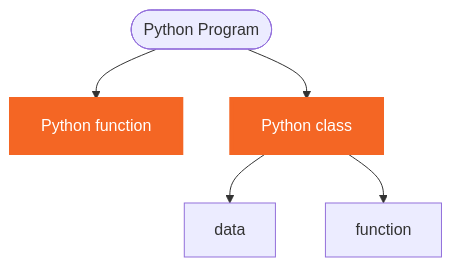
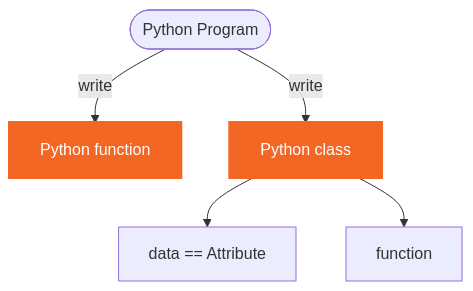
The second of 6 diagrams in doc/python.md (terrenceliu01/python1), drawn with Mermaid before and after one commit. The commit also changed other lines of this file and 16 other files, not shown here.

````diff
--- a/doc/python.md
+++ b/doc/python.md
@@ -149,20 +151,20 @@
 ```mermaid
 graph TB
 B([Python Program])
 C[Python function]
 D[Python class]
-E[data]
+E[data == Attribute]
 F[function]
 
-B --> C
-B --> D
+B --write--> C
+B --write--> D
 D -->E & F
 
 classDef html fill:#F46624,stroke:#F46624,stroke-width:4px,color:white;
 classDef js fill:yellow,stroke:#DE9E1F,stroke-width:2px;
 classDef start fill:green,stroke:#DE9E1F,stroke-width:2px;
 classDef end1 fill:red,stroke:#DE9E1F,stroke-width:2px;
 class START start
 class C,D html
 class END end1
 ```
````
